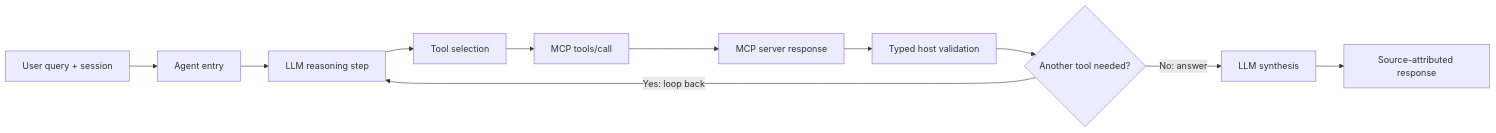
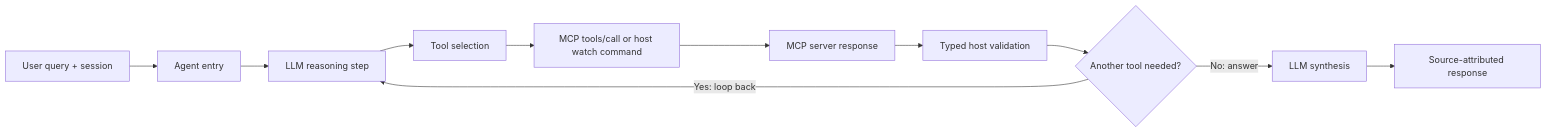
Before and after one commit to waderylan/prediction-market-agent: the second of 4 diagrams in README.md, drawn with Mermaid. The commit also changed other lines of this file and 9 other files, not shown here.

````diff
--- a/README.md
+++ b/README.md
@@ -250,13 +253,13 @@
 ```mermaid
 flowchart LR
     Q[User query + session] --> A[Agent entry]
     A --> L[LLM reasoning step]
     L --> TS[Tool selection]
-    TS --> CALL[MCP tools/call]
+    TS --> CALL[MCP tools/call or host watch command]
     CALL --> RESP[MCP server response]
     RESP --> VAL[Typed host validation]
     VAL --> MORE{Another tool needed?}
     MORE -->|Yes: loop back| L
     MORE -->|No: answer| SYN[LLM synthesis]
     SYN --> OUT[Source-attributed response]
 ```
````
